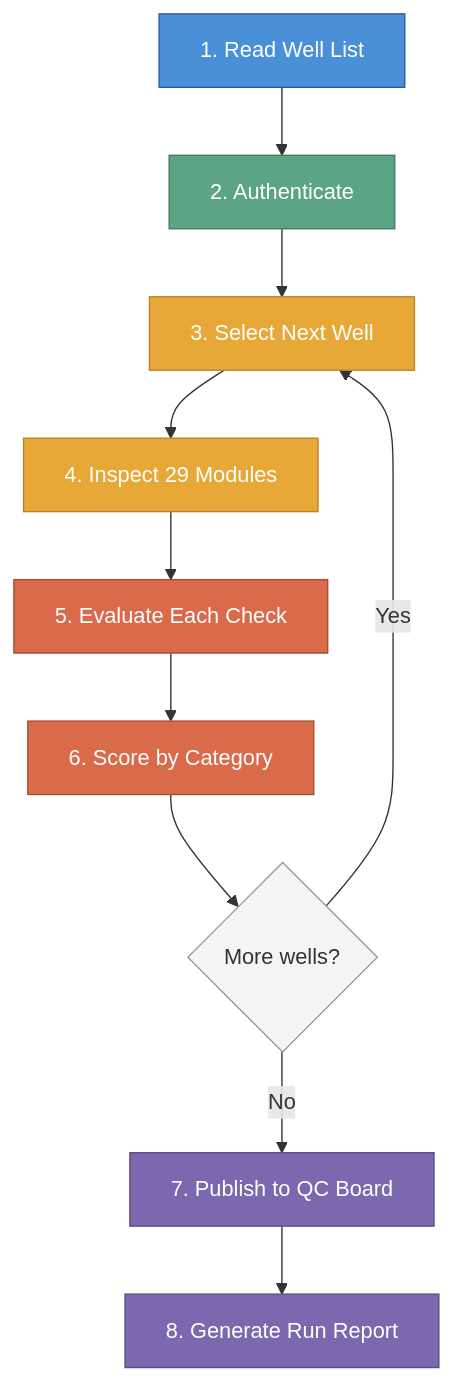
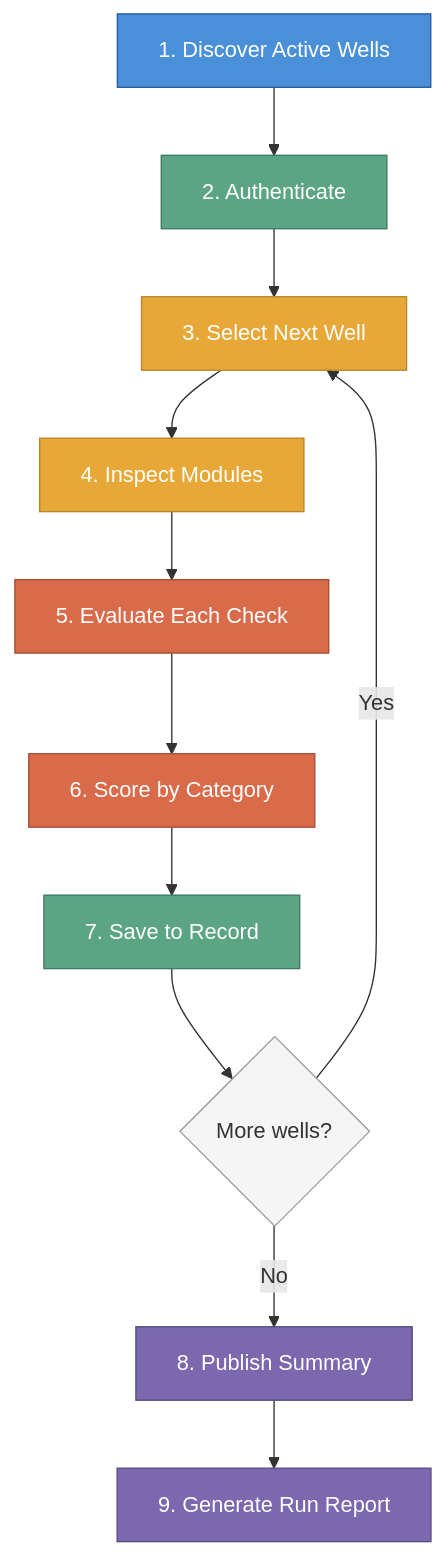
Before and after one commit to robert-blue-datascience/qc-agent-wiki: the diagram in how-it-works.md, drawn with Mermaid. The commit also changed other lines of this file and 12 other files, not shown here.

````diff
--- a/how-it-works.md
+++ b/how-it-works.md
@@ -17,22 +19,24 @@
 ```mermaid
 flowchart TD
-    A["1. Read Well List"] --> B["2. Authenticate"]
+    A["1. Discover Active Wells"] --> B["2. Authenticate"]
     B --> C["3. Select Next Well"]
-    C --> D["4. Inspect 29 Modules"]
+    C --> D["4. Inspect Modules"]
     D --> E["5. Evaluate Each Check"]
     E --> F["6. Score by Category"]
-    F --> G{"More wells?"}
-    G -- Yes --> C
-    G -- No --> H["7. Publish to QC Board"]
-    H --> I["8. Generate Run Report"]
+    F --> G["7. Save to Record"]
+    G --> H{"More wells?"}
+    H -- Yes --> C
+    H -- No --> I["8. Publish Summary"]
+    I --> J["9. Generate Run Report"]
 
     style A fill:#4a90d9,stroke:#2c5aa0,color:#fff
     style B fill:#5ba585,stroke:#3d7a5e,color:#fff
     style C fill:#e8a838,stroke:#b8842c,color:#fff
     style D fill:#e8a838,stroke:#b8842c,color:#fff
     style E fill:#d96a4a,stroke:#a84e35,color:#fff
     style F fill:#d96a4a,stroke:#a84e35,color:#fff
-    style G fill:#f5f5f5,stroke:#999,color:#333
-    style H fill:#7b68ae,stroke:#5a4d82,color:#fff
+    style G fill:#5ba585,stroke:#3d7a5e,color:#fff
+    style H fill:#f5f5f5,stroke:#999,color:#333
     style I fill:#7b68ae,stroke:#5a4d82,color:#fff
+    style J fill:#7b68ae,stroke:#5a4d82,color:#fff
 ```
````
